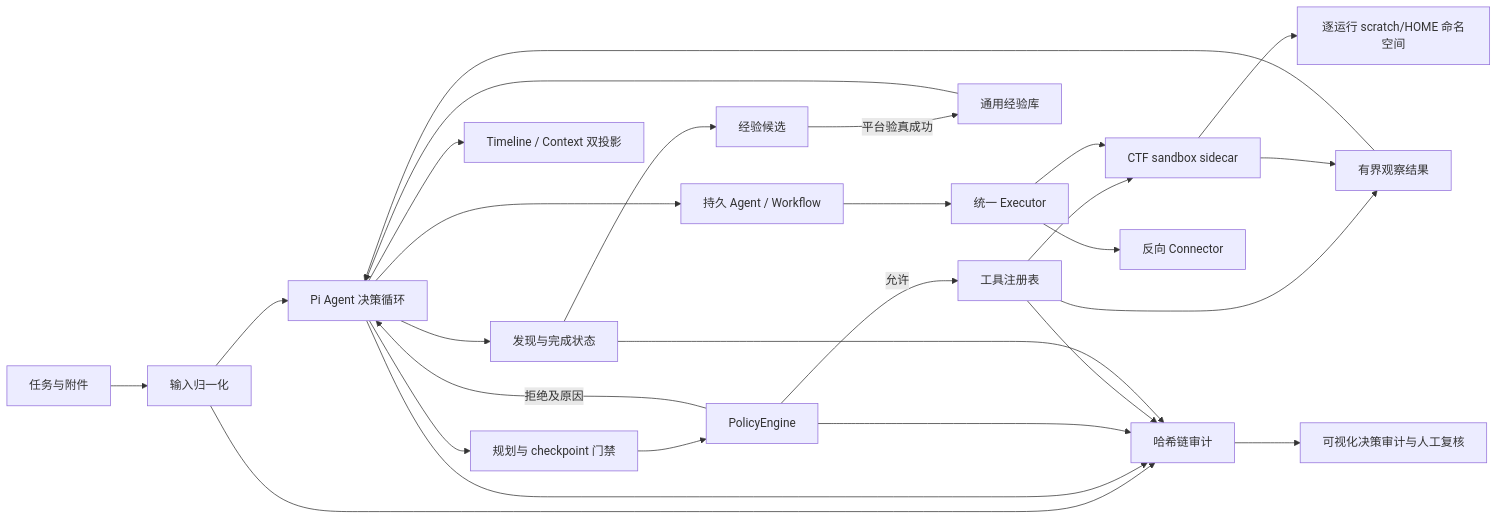
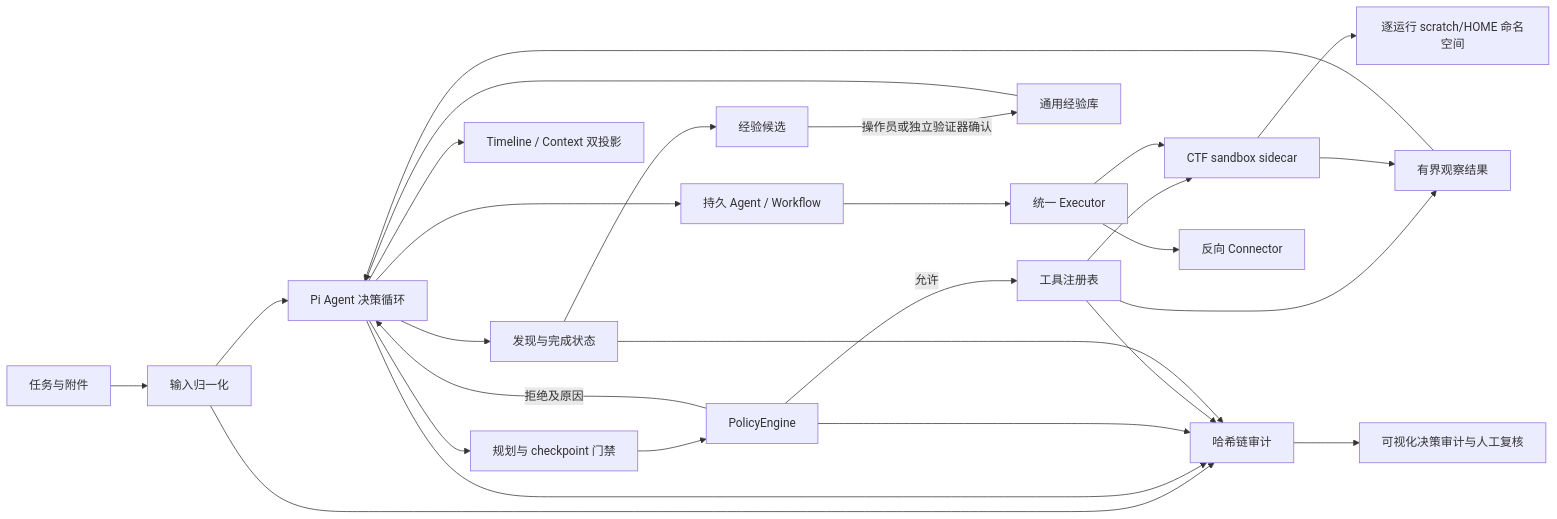
One commit to jiker666/zhulongx changed the diagram in docs/architecture.md. Above: the diagram before and after it, drawn with Mermaid. The commit also changed other lines of this file and 126 other files, not shown here.

````diff
--- a/docs/architecture.md
+++ b/docs/architecture.md
@@ -7,29 +7,29 @@
 ```mermaid
 flowchart LR
     I["任务与附件"] --> N["输入归一化"]
     N --> A["Pi Agent 决策循环"]
     A --> G["规划与 checkpoint 门禁"]
     G --> P["PolicyEngine"]
     P -->|允许| T["工具注册表"]
     P -->|拒绝及原因| A
     T --> S["CTF sandbox sidecar"]
     S --> X["逐运行 scratch/HOME 命名空间"]
     T --> O["有界观察结果"]
     S --> O
     O --> A
     A --> F["发现与完成状态"]
     N --> L["哈希链审计"]
     A --> L
     P --> L
     T --> L
     F --> L
     L --> V["可视化决策审计与人工复核"]
     F --> E["经验候选"]
-    E -->|平台验真成功| K["通用经验库"]
+    E -->|操作员或独立验证器确认| K["通用经验库"]
     K --> A
     A --> C["Timeline / Context 双投影"]
     A --> Q["持久 Agent / Workflow"]
     Q --> R["统一 Executor"]
     R --> S
     R --> RC["反向 Connector"]
 ```
````
